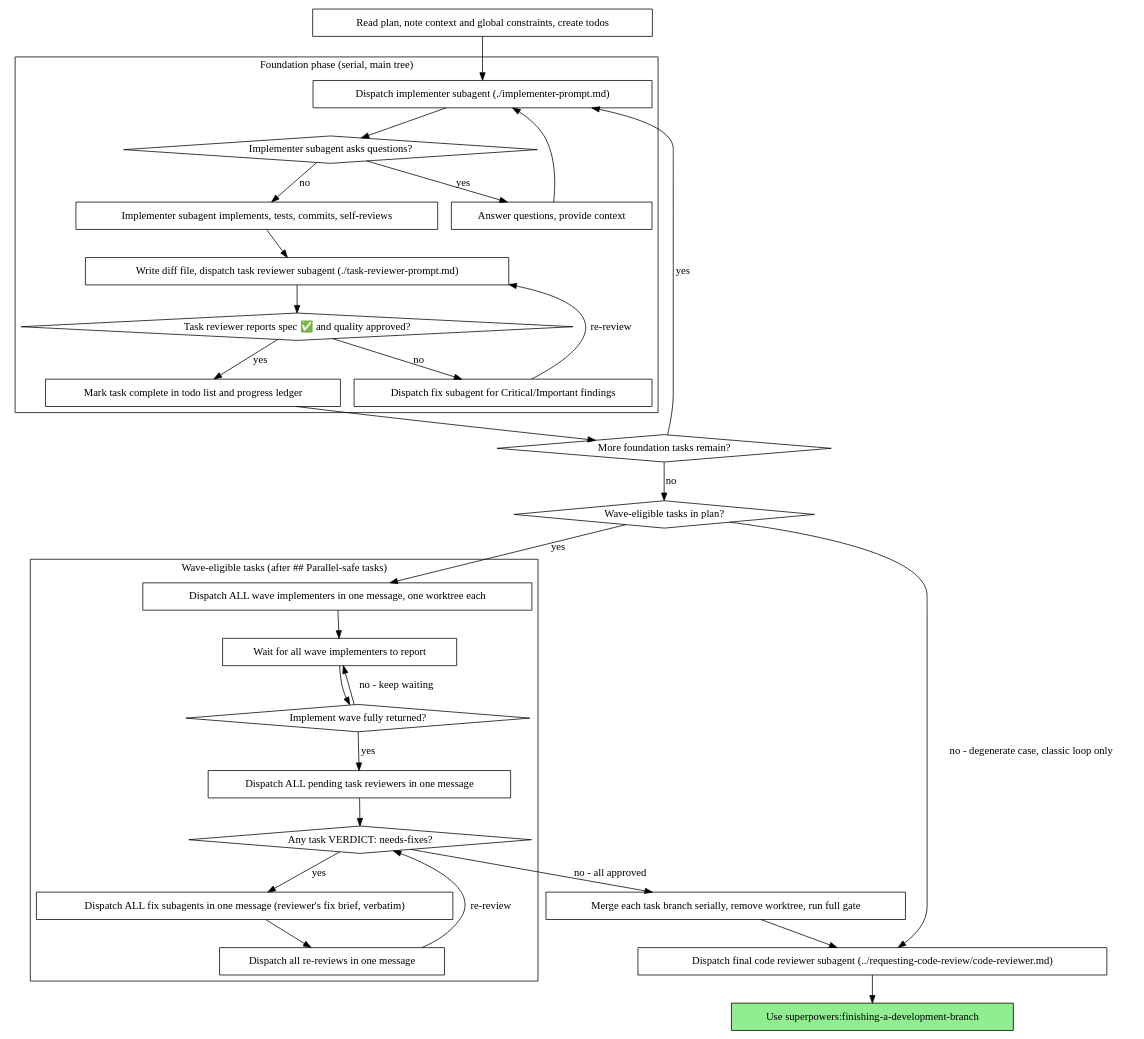
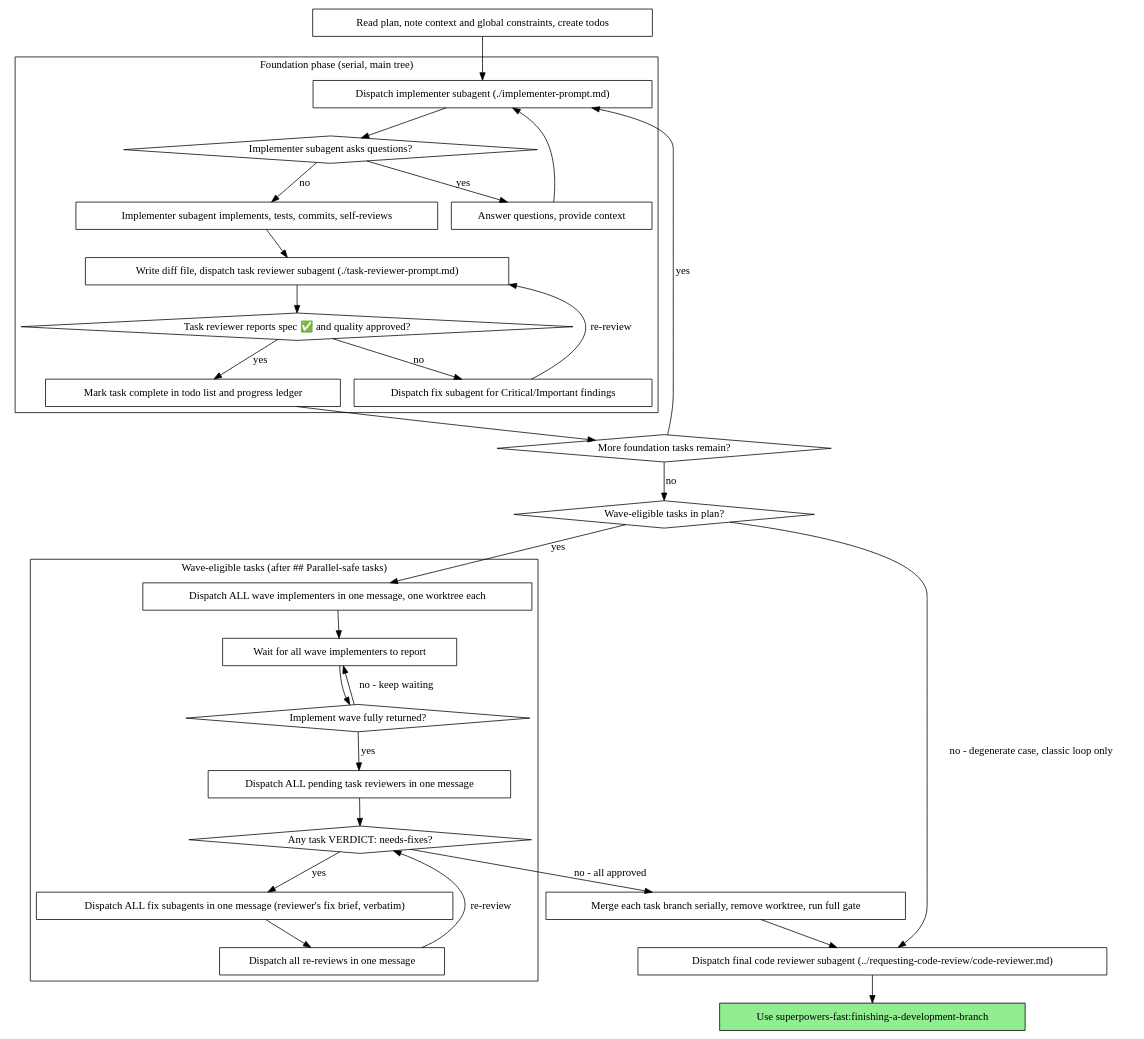
The second of 2 diagrams in skills/subagent-driven-development/SKILL.md (sampocs/superpowers-fast), drawn with Graphviz before and after one commit. The commit also changed other lines of this file and 20 other files, not shown here.

First line of the commit message:
rename: plugin identity is now superpowers-fast

````diff
--- a/skills/subagent-driven-development/SKILL.md
+++ b/skills/subagent-driven-development/SKILL.md
@@ -47,62 +47,62 @@
 ```dot
 digraph process {
     rankdir=TB;
 
     subgraph cluster_foundation {
         label="Foundation phase (serial, main tree)";
         "Dispatch implementer subagent (./implementer-prompt.md)" [shape=box];
         "Implementer subagent asks questions?" [shape=diamond];
         "Answer questions, provide context" [shape=box];
         "Implementer subagent implements, tests, commits, self-reviews" [shape=box];
         "Write diff file, dispatch task reviewer subagent (./task-reviewer-prompt.md)" [shape=box];
         "Task reviewer reports spec ✅ and quality approved?" [shape=diamond];
         "Dispatch fix subagent for Critical/Important findings" [shape=box];
         "Mark task complete in todo list and progress ledger" [shape=box];
     }
 
     subgraph cluster_waves {
         label="Wave-eligible tasks (after ## Parallel-safe tasks)";
         "Dispatch ALL wave implementers in one message, one worktree each" [shape=box];
         "Wait for all wave implementers to report" [shape=box];
         "Implement wave fully returned?" [shape=diamond];
         "Dispatch ALL pending task reviewers in one message" [shape=box];
         "Any task VERDICT: needs-fixes?" [shape=diamond];
         "Dispatch ALL fix subagents in one message (reviewer's fix brief, verbatim)" [shape=box];
         "Dispatch all re-reviews in one message" [shape=box];
     }
 
     "Read plan, note context and global constraints, create todos" [shape=box];
     "More foundation tasks remain?" [shape=diamond];
     "Wave-eligible tasks in plan?" [shape=diamond];
     "Merge each task branch serially, remove worktree, run full gate" [shape=box];
     "Dispatch final code reviewer subagent (../requesting-code-review/code-reviewer.md)" [shape=box];
-    "Use superpowers:finishing-a-development-branch" [shape=box style=filled fillcolor=lightgreen];
+    "Use superpowers-fast:finishing-a-development-branch" [shape=box style=filled fillcolor=lightgreen];
 
     "Read plan, note context and global constraints, create todos" -> "Dispatch implementer subagent (./implementer-prompt.md)";
     "Dispatch implementer subagent (./implementer-prompt.md)" -> "Implementer subagent asks questions?";
     "Implementer subagent asks questions?" -> "Answer questions, provide context" [label="yes"];
     "Answer questions, provide context" -> "Dispatch implementer subagent (./implementer-prompt.md)";
     "Implementer subagent asks questions?" -> "Implementer subagent implements, tests, commits, self-reviews" [label="no"];
     "Implementer subagent implements, tests, commits, self-reviews" -> "Write diff file, dispatch task reviewer subagent (./task-reviewer-prompt.md)";
     "Write diff file, dispatch task reviewer subagent (./task-reviewer-prompt.md)" -> "Task reviewer reports spec ✅ and quality approved?";
     "Task reviewer reports spec ✅ and quality approved?" -> "Dispatch fix subagent for Critical/Important findings" [label="no"];
     "Dispatch fix subagent for Critical/Important findings" -> "Write diff file, dispatch task reviewer subagent (./task-reviewer-prompt.md)" [label="re-review"];
     "Task reviewer reports spec ✅ and quality approved?" -> "Mark task complete in todo list and progress ledger" [label="yes"];
     "Mark task complete in todo list and progress ledger" -> "More foundation tasks remain?";
     "More foundation tasks remain?" -> "Dispatch implementer subagent (./implementer-prompt.md)" [label="yes"];
     "More foundation tasks remain?" -> "Wave-eligible tasks in plan?" [label="no"];
     "Wave-eligible tasks in plan?" -> "Dispatch ALL wave implementers in one message, one worktree each" [label="yes"];
     "Wave-eligible tasks in plan?" -> "Dispatch final code reviewer subagent (../requesting-code-review/code-reviewer.md)" [label="no - degenerate case, classic loop only"];
     "Dispatch ALL wave implementers in one message, one worktree each" -> "Wait for all wave implementers to report";
     "Wait for all wave implementers to report" -> "Implement wave fully returned?";
     "Implement wave fully returned?" -> "Wait for all wave implementers to report" [label="no - keep waiting"];
     "Implement wave fully returned?" -> "Dispatch ALL pending task reviewers in one message" [label="yes"];
     "Dispatch ALL pending task reviewers in one message" -> "Any task VERDICT: needs-fixes?";
     "Any task VERDICT: needs-fixes?" -> "Dispatch ALL fix subagents in one message (reviewer's fix brief, verbatim)" [label="yes"];
     "Dispatch ALL fix subagents in one message (reviewer's fix brief, verbatim)" -> "Dispatch all re-reviews in one message";
     "Dispatch all re-reviews in one message" -> "Any task VERDICT: needs-fixes?" [label="re-review"];
     "Any task VERDICT: needs-fixes?" -> "Merge each task branch serially, remove worktree, run full gate" [label="no - all approved"];
     "Merge each task branch serially, remove worktree, run full gate" -> "Dispatch final code reviewer subagent (../requesting-code-review/code-reviewer.md)";
-    "Dispatch final code reviewer subagent (../requesting-code-review/code-reviewer.md)" -> "Use superpowers:finishing-a-development-branch";
+    "Dispatch final code reviewer subagent (../requesting-code-review/code-reviewer.md)" -> "Use superpowers-fast:finishing-a-development-branch";
 }
 ```
````
